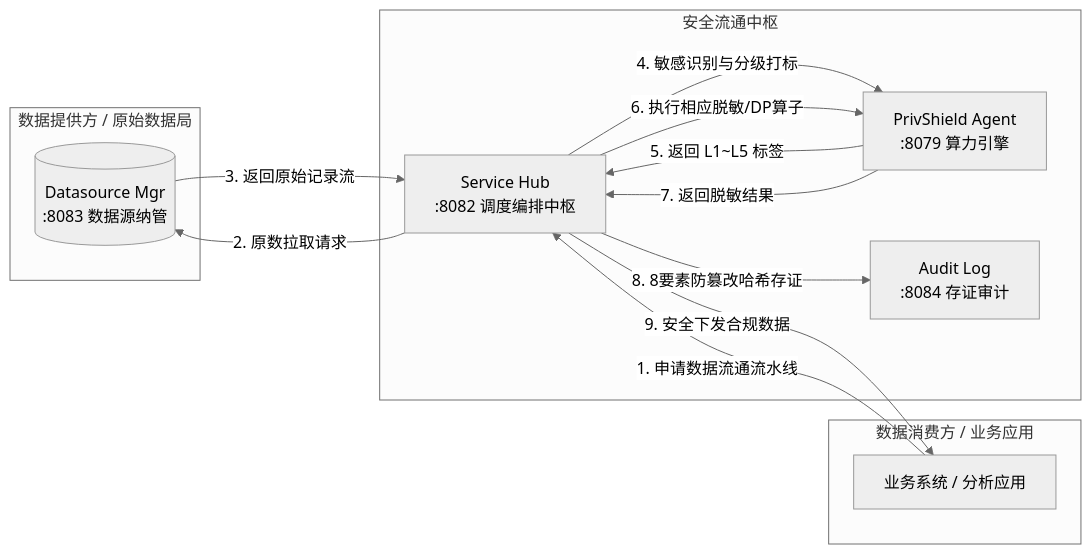
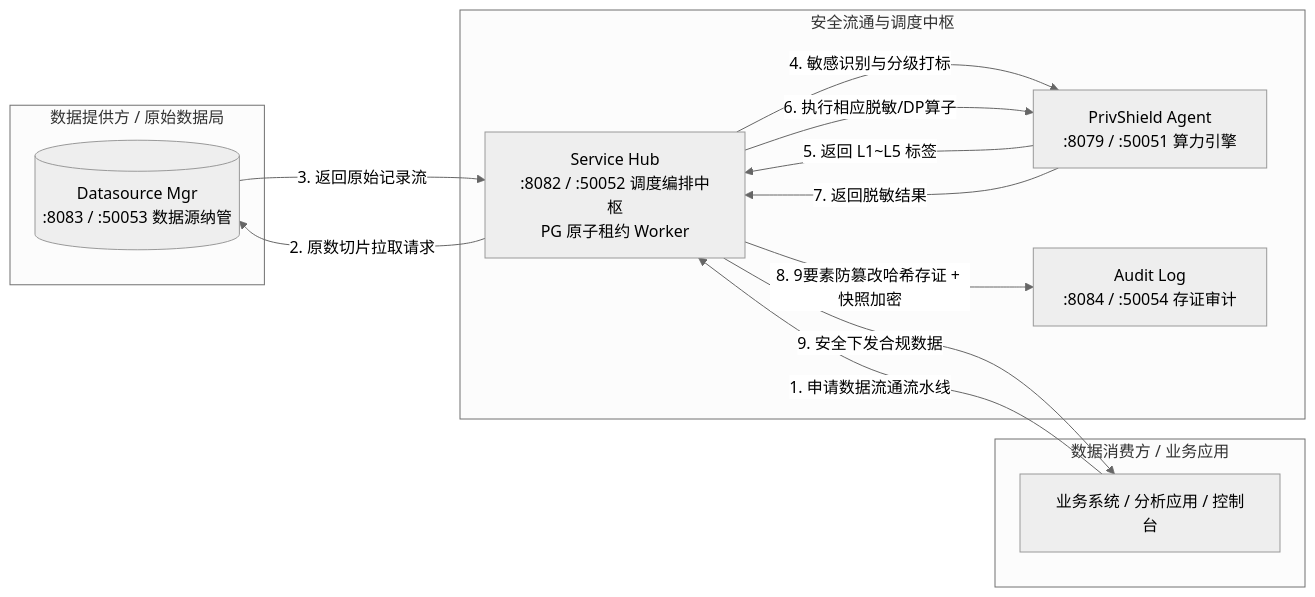
One commit to fengzhizi319/PrivShield changed the diagram in docs/architecture/services.md. Above: the diagram before and after it, drawn with Mermaid (neutral theme). The commit also changed other lines of this file and 6 other files, not shown here.

First line of the commit message:
docs(architecture): sync all architecture docs with current codebase

````diff
--- a/docs/architecture/services.md
+++ b/docs/architecture/services.md
@@ -13,26 +26,26 @@
 ```mermaid
 graph LR
     subgraph DataProvider [数据提供方 / 原始数据局]
-        D[(Datasource Mgr<br/>:8083 数据源纳管)]
+        D[(Datasource Mgr<br/>:8083 / :50053 数据源纳管)]
     end
 
-    subgraph GovernanceHub [安全流通中枢]
-        S[Service Hub<br/>:8082 调度编排中枢]
-        A[PrivShield Agent<br/>:8079 算力引擎]
-        L[Audit Log<br/>:8084 存证审计]
+    subgraph GovernanceHub [安全流通与调度中枢]
+        S[Service Hub<br/>:8082 / :50052 调度编排中枢<br/>PG 原子租约 Worker]
+        A[PrivShield Agent<br/>:8079 / :50051 算力引擎]
+        L[Audit Log<br/>:8084 / :50054 存证审计]
     end
 
     subgraph DataConsumer [数据消费方 / 业务应用]
-        C[业务系统 / 分析应用]
+        C[业务系统 / 分析应用 / 控制台]
     end
 
     C -->|1. 申请数据流通流水线| S
-    S -->|2. 原数拉取请求| D
+    S -->|2. 原数切片拉取请求| D
     D -->|3. 返回原始记录流| S
     S -->|4. 敏感识别与分级打标| A
     A -->|5. 返回 L1~L5 标签| S
     S -->|6. 执行相应脱敏/DP算子| A
     A -->|7. 返回脱敏结果| S
-    S -->|8. 8要素防篡改哈希存证| L
+    S -->|8. 9要素防篡改哈希存证 + 快照加密| L
     S -->|9. 安全下发合规数据| C
 ```
````
